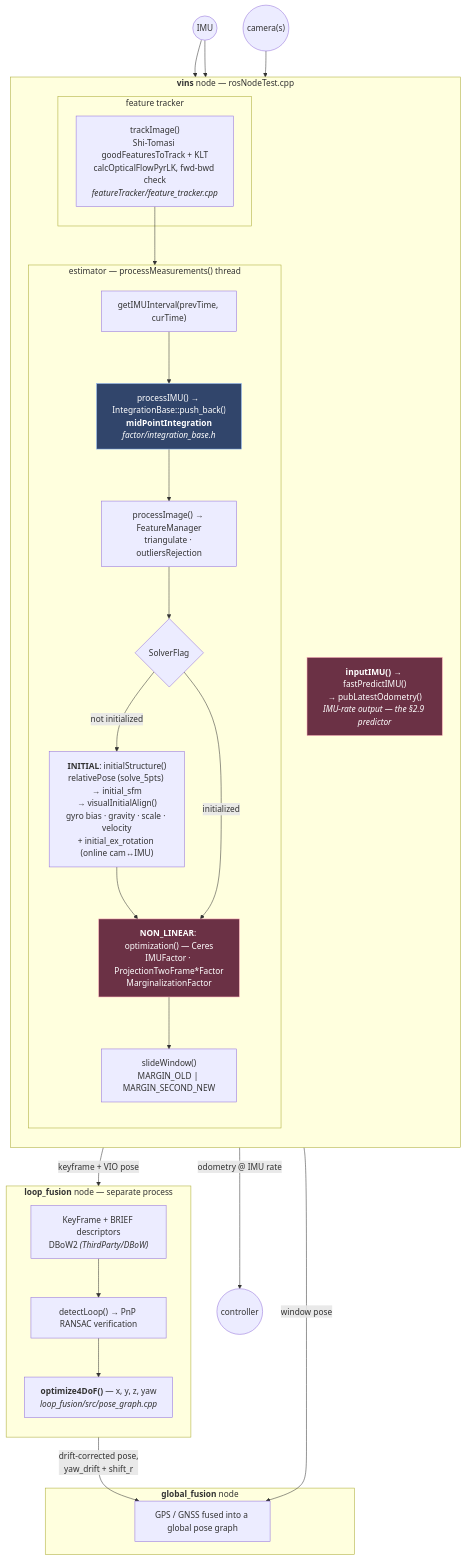
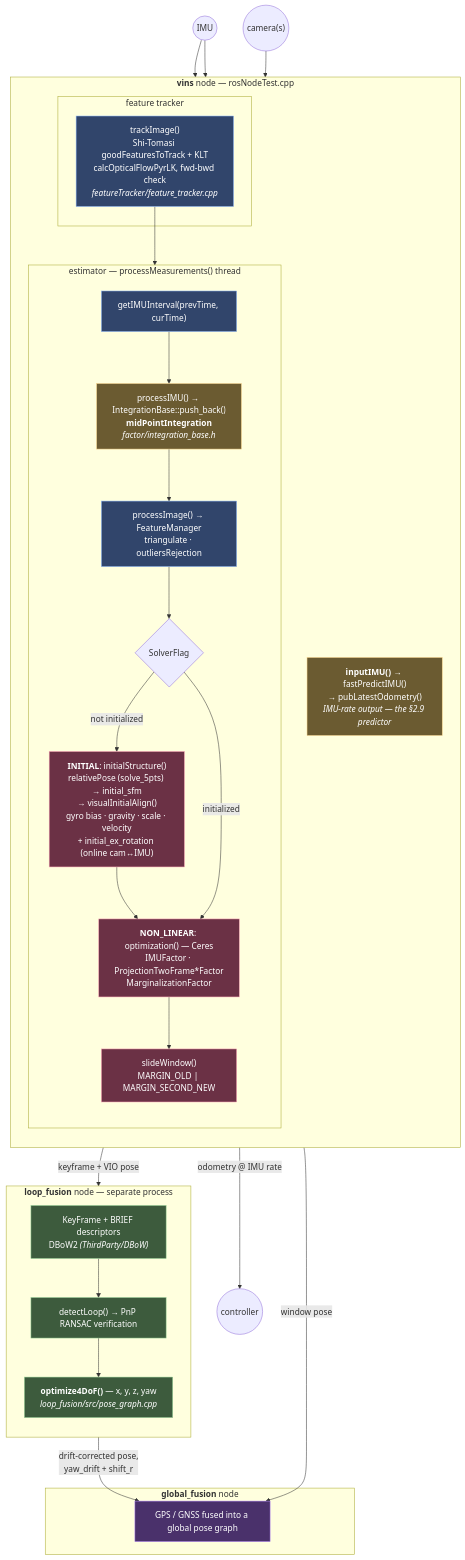
The third of 3 diagrams in docs/chapter-4.md (TaoWangRUB/estimation-slam-principles), drawn with Mermaid before and after one commit. The commit also changed other lines of this file and 1 other file, not shown here.

First line of the commit message:
One tier palette across every architecture diagram, legend in §1.2

````diff
--- a/docs/chapter-4.md
+++ b/docs/chapter-4.md
@@ -329,47 +351,64 @@
 ```mermaid
 flowchart TB
+  classDef t0 fill:#6b5b31,stroke:#f8d48a,color:#fff
+  classDef t1 fill:#31456b,stroke:#8ab4f8,color:#fff
+  classDef t2 fill:#6b3145,stroke:#f8a1b4,color:#fff
+  classDef t3 fill:#3d5b3d,stroke:#9ad49a,color:#fff
+  classDef ext fill:#4a316b,stroke:#b48af8,color:#fff
   subgraph VN["<b>vins</b> node — rosNodeTest.cpp"]
     direction TB
     subgraph FTS["feature tracker"]
       FT["trackImage()<br/>Shi-Tomasi goodFeaturesToTrack + KLT<br/>calcOpticalFlowPyrLK, fwd-bwd check<br/><i>featureTracker/feature_tracker.cpp</i>"]
     end
     subgraph ES["estimator — processMeasurements() thread"]
       direction TB
       GIMU["getIMUInterval(prevTime, curTime)"]
       PIMU["processIMU() → IntegrationBase::push_back()<br/><b>midPointIntegration</b><br/><i>factor/integration_base.h</i>"]
       PIMG["processImage() → FeatureManager<br/>triangulate · outliersRejection"]
       SF{"SolverFlag"}
       INITS["<b>INITIAL</b>: initialStructure()<br/>relativePose (solve_5pts) → initial_sfm<br/>→ visualInitialAlign()<br/>gyro bias · gravity · scale · velocity<br/>+ initial_ex_rotation (online cam↔IMU)"]
       OPT["<b>NON_LINEAR</b>: optimization() — Ceres<br/>IMUFactor · ProjectionTwoFrame*Factor<br/>MarginalizationFactor"]
       SW["slideWindow()<br/>MARGIN_OLD | MARGIN_SECOND_NEW"]
       GIMU --> PIMU --> PIMG --> SF
       SF -->|not initialized| INITS --> OPT
       SF -->|initialized| OPT --> SW
     end
     FASTP["<b>inputIMU()</b> → fastPredictIMU()<br/>→ pubLatestOdometry()<br/><i>IMU-rate output — the §2.9 predictor</i>"]
   end
 
   subgraph LF["<b>loop_fusion</b> node — separate process"]
     direction TB
     KFDB["KeyFrame + BRIEF descriptors<br/>DBoW2 <i>(ThirdParty/DBoW)</i>"]
     DET["detectLoop() → PnP RANSAC verification"]
     PG4["<b>optimize4DoF()</b> — x, y, z, yaw<br/><i>loop_fusion/src/pose_graph.cpp</i>"]
     KFDB --> DET --> PG4
   end
 
   subgraph GF["<b>global_fusion</b> node"]
     GPS["GPS / GNSS fused into a global pose graph"]
   end
 
   IMU(("IMU")) --> FASTP
   IMU --> GIMU
   CAM(("camera(s)")) --> FT --> PIMG
   FASTP -->|"odometry @ IMU rate"| CTRL(("controller"))
   SW -->|"keyframe + VIO pose"| KFDB
   PG4 -->|"drift-corrected pose,<br/>yaw_drift + shift_r"| GPS
   SW -->|"window pose"| GPS
 
   style PIMU fill:#31456b,stroke:#8ab4f8,color:#fff
   style OPT fill:#6b3145,stroke:#f8a1b4,color:#fff
   style FASTP fill:#6b3145,stroke:#f8a1b4,color:#fff
+  style PIMU fill:#6b5b31,stroke:#f8d48a,color:#fff
+  style FASTP fill:#6b5b31,stroke:#f8d48a,color:#fff
+  style FT fill:#31456b,stroke:#8ab4f8,color:#fff
+  style GIMU fill:#31456b,stroke:#8ab4f8,color:#fff
+  style PIMG fill:#31456b,stroke:#8ab4f8,color:#fff
+  style INITS fill:#6b3145,stroke:#f8a1b4,color:#fff
+  style OPT fill:#6b3145,stroke:#f8a1b4,color:#fff
+  style SW fill:#6b3145,stroke:#f8a1b4,color:#fff
+  style KFDB fill:#3d5b3d,stroke:#9ad49a,color:#fff
+  style DET fill:#3d5b3d,stroke:#9ad49a,color:#fff
+  style PG4 fill:#3d5b3d,stroke:#9ad49a,color:#fff
+  style GPS fill:#4a316b,stroke:#b48af8,color:#fff
 ```
````
